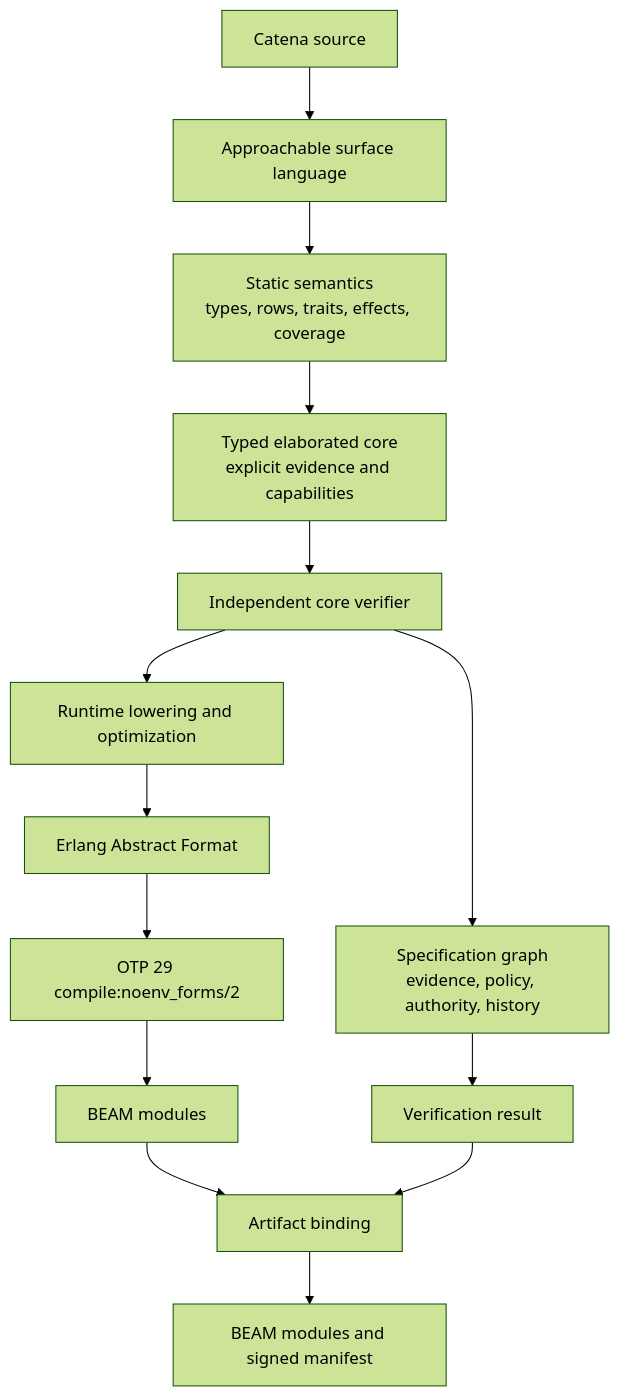
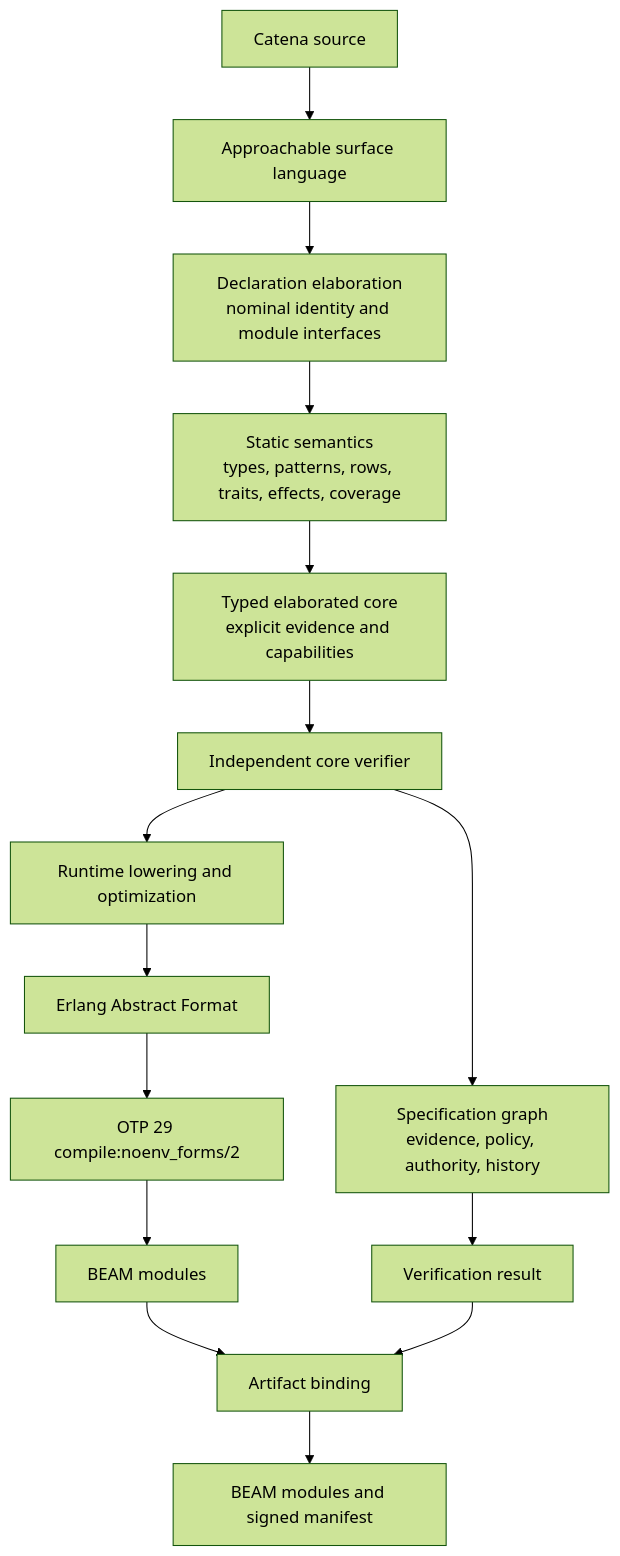
Before and after one commit to pcharbon70/catena-research: the first of 2 diagrams in language-overview.md, drawn with Mermaid (forest theme). The commit also changed other lines of this file and 21 other files, not shown here.

````diff
--- a/language-overview.md
+++ b/language-overview.md
@@ -33,16 +33,17 @@
 ```mermaid
 flowchart TD
     S[Catena source] --> U[Approachable surface language]
-    U --> ST[Static semantics<br/>types, rows, traits, effects, coverage]
+    U --> DE[Declaration elaboration<br/>nominal identity and module interfaces]
+    DE --> ST[Static semantics<br/>types, patterns, rows, traits, effects, coverage]
     ST --> TC[Typed elaborated core<br/>explicit evidence and capabilities]
     TC --> V[Independent core verifier]
     V --> R[Runtime lowering and optimization]
     V --> SG[Specification graph<br/>evidence, policy, authority, history]
     R --> EAF[Erlang Abstract Format]
     EAF --> OTP[OTP 29 compile:noenv_forms/2]
     OTP --> B[BEAM modules]
     SG --> VR[Verification result]
     B --> AB[Artifact binding]
     VR --> AB
     AB --> OUT[BEAM modules and signed manifest]
 ```
````
